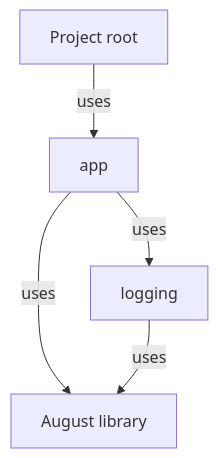
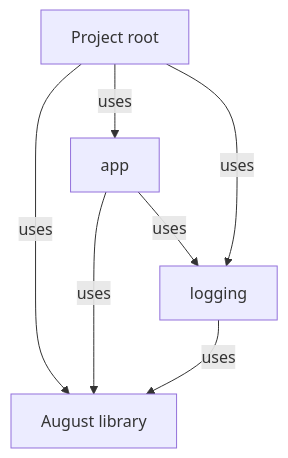
One commit to GreenPandaStudios/augscript changed the first of 2 diagrams in docs/examples/hello/diagrams/index.md. Above: the diagram before and after it, drawn with Mermaid. The commit also changed other lines of this file and 289 other files, not shown here.

Commit message:
Correct diagram control flow and complete generated wiki navigation

````diff
--- a/docs/examples/hello/diagrams/index.md
+++ b/docs/examples/hello/diagrams/index.md
@@ -21,11 +21,13 @@
 ```mermaid
 flowchart TD
     n0["August library"]
     n1["Project root"]
     n2["app"]
     n3["logging"]
+    n1 -->|"uses"| n0
     n1 -->|"uses"| n2
+    n1 -->|"uses"| n3
     n2 -->|"uses"| n0
     n2 -->|"uses"| n3
     n3 -->|"uses"| n0
 ```
````
